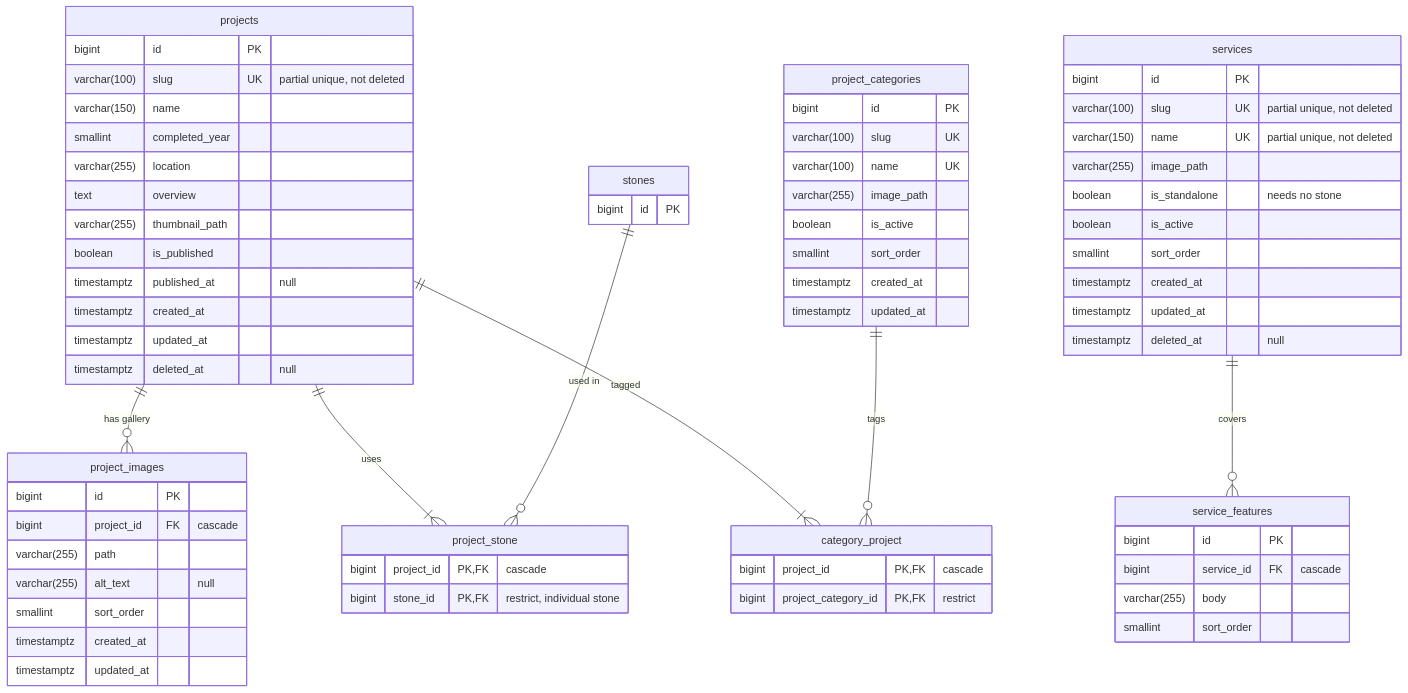
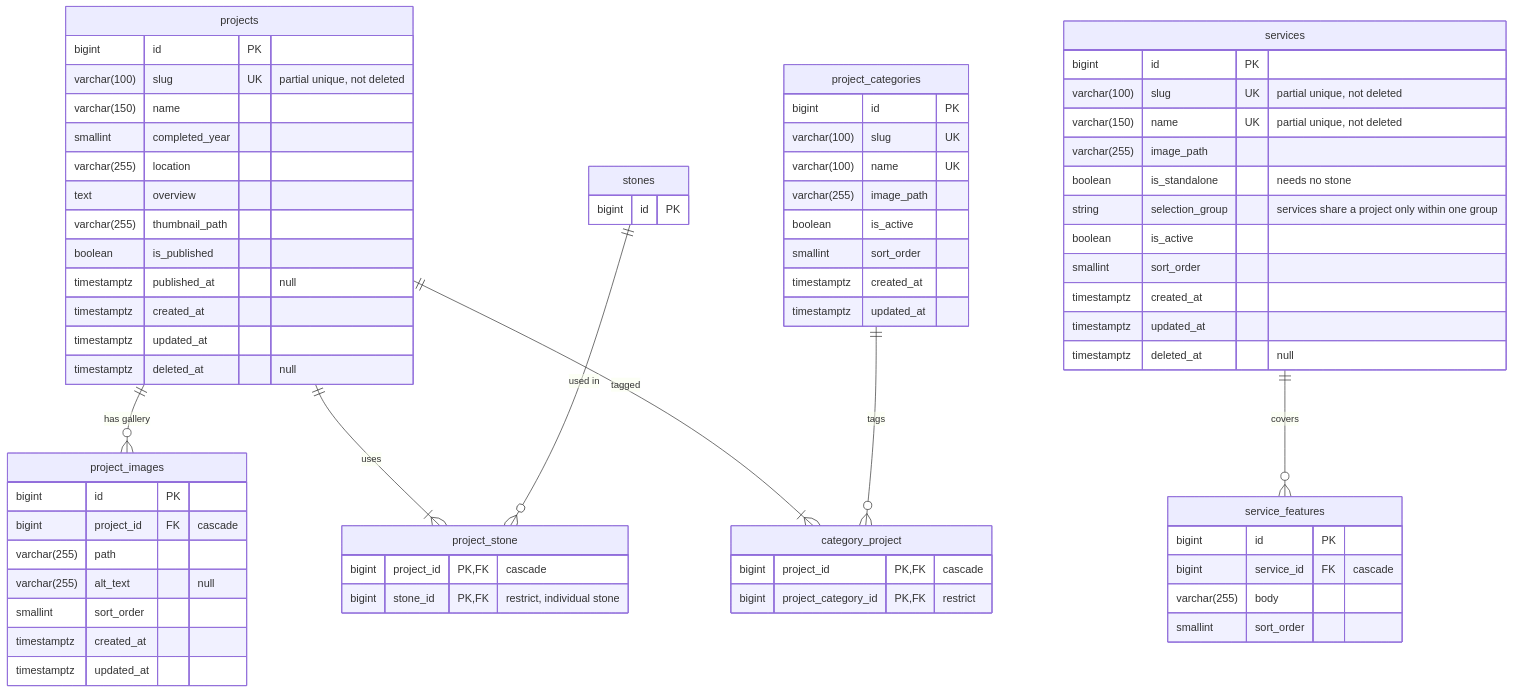
One commit to regraystone/regray changed the third of 5 diagrams in docs/database/regray-erd.md. Above: the diagram before and after it, drawn with Mermaid. The commit also changed 14 other files, not shown here.

Commit message:
feat(services): selection groups so services from different groups cannot share a project, enforced on the Services step and by the inquiry request

````diff
--- a/docs/database/regray-erd.md
+++ b/docs/database/regray-erd.md
@@ -245,72 +245,73 @@
 ```mermaid
 erDiagram
     projects {
         bigint id PK
         varchar(100) slug UK "partial unique, not deleted"
         varchar(150) name
         smallint completed_year
         varchar(255) location
         text overview
         varchar(255) thumbnail_path
         boolean is_published
         timestamptz published_at "null"
         timestamptz created_at
         timestamptz updated_at
         timestamptz deleted_at "null"
     }
     project_images {
         bigint id PK
         bigint project_id FK "cascade"
         varchar(255) path
         varchar(255) alt_text "null"
         smallint sort_order
         timestamptz created_at
         timestamptz updated_at
     }
     project_stone {
         bigint project_id PK, FK "cascade"
         bigint stone_id PK, FK "restrict, individual stone"
     }
     project_categories {
         bigint id PK
         varchar(100) slug UK
         varchar(100) name UK
         varchar(255) image_path
         boolean is_active
         smallint sort_order
         timestamptz created_at
         timestamptz updated_at
     }
     category_project {
         bigint project_id PK, FK "cascade"
         bigint project_category_id PK, FK "restrict"
     }
     services {
         bigint id PK
         varchar(100) slug UK "partial unique, not deleted"
         varchar(150) name UK "partial unique, not deleted"
         varchar(255) image_path
         boolean is_standalone "needs no stone"
+        string selection_group "services share a project only within one group"
         boolean is_active
         smallint sort_order
         timestamptz created_at
         timestamptz updated_at
         timestamptz deleted_at "null"
     }
     service_features {
         bigint id PK
         bigint service_id FK "cascade"
         varchar(255) body
         smallint sort_order
     }
     stones {
         bigint id PK
     }
 
     projects ||--o{ project_images : "has gallery"
     projects ||--|{ project_stone : "uses"
     stones ||--o{ project_stone : "used in"
     projects ||--|{ category_project : "tagged"
     project_categories ||--o{ category_project : "tags"
     services ||--o{ service_features : "covers"
 ```
````
